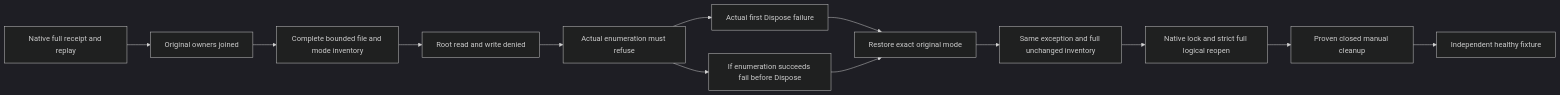
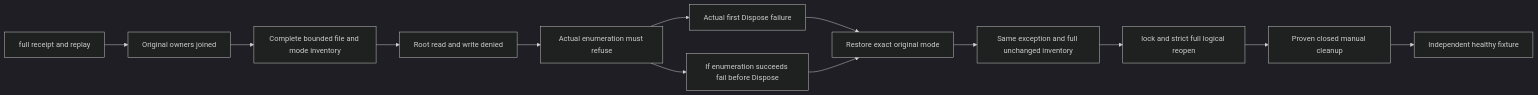
Before and after one commit to managedcode/KeyLoad: the diagram in docs/Features/ResourceExecution/TestDatabaseDeleteFailureMemoization.md, drawn with Mermaid (dark theme). The commit also changed other lines of this file and 9016 other files, not shown here.

````diff
--- a/docs/Features/ResourceExecution/TestDatabaseDeleteFailureMemoization.md
+++ b/docs/Features/ResourceExecution/TestDatabaseDeleteFailureMemoization.md
@@ -15,15 +15,15 @@
 ```mermaid
 flowchart LR
-  Seed[Native full receipt and replay] --> Join[Original owners joined]
+  Seed[full receipt and replay] --> Join[Original owners joined]
   Join --> Baseline[Complete bounded file and mode inventory]
   Baseline --> Deny[Root read and write denied]
   Deny --> Probe[Actual enumeration must refuse]
   Probe --> Failure[Actual first Dispose failure]
   Probe --> Capability[If enumeration succeeds fail before Dispose]
   Failure --> Restore[Restore exact original mode]
   Capability --> Restore
   Restore --> Repeat[Same exception and full unchanged inventory]
-  Repeat --> Reopen[Native lock and strict full logical reopen]
+  Repeat --> Reopen[lock and strict full logical reopen]
   Reopen --> Clean[Proven closed manual cleanup]
   Clean --> Healthy[Independent healthy fixture]
 ```
````
